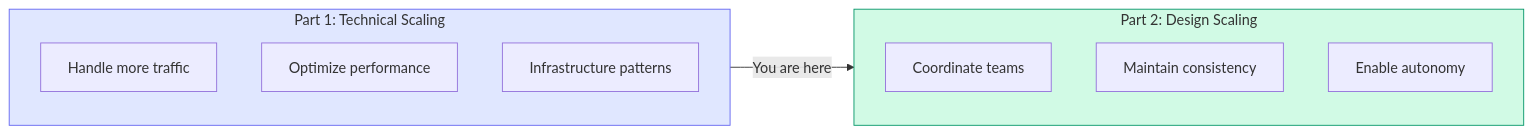
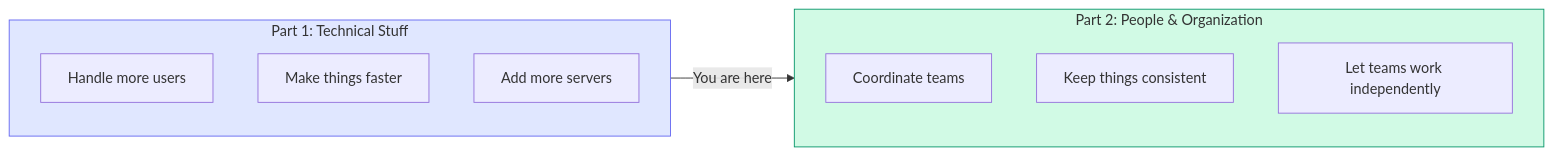
Before and after one commit to rilov/handbook: the first of 16 diagrams in _topics/scaling-api-design-architecture-part-2.md, drawn with Mermaid. The commit also changed other lines of this file, not shown here.

```diff
--- a/_topics/scaling-api-design-architecture-part-2.md
+++ b/_topics/scaling-api-design-architecture-part-2.md
@@ -31,21 +34,21 @@
 <div class="mermaid">
 flowchart LR
-    subgraph part1["Part 1: Technical Scaling"]
+    subgraph part1["Part 1: Technical Stuff"]
         direction TB
-        T1["Handle more traffic"]
-        T2["Optimize performance"]
-        T3["Infrastructure patterns"]
+        T1["Handle more users"]
+        T2["Make things faster"]
+        T3["Add more servers"]
     end
     
-    subgraph part2["Part 2: Design Scaling"]
+    subgraph part2["Part 2: People & Organization"]
         direction TB
         D1["Coordinate teams"]
-        D2["Maintain consistency"]
-        D3["Enable autonomy"]
+        D2["Keep things consistent"]
+        D3["Let teams work independently"]
     end
     
     part1 --> |"You are here"| part2
     
     style part1 fill:#e0e7ff,stroke:#6366f1
     style part2 fill:#d1fae5,stroke:#059669
 </div>
```
